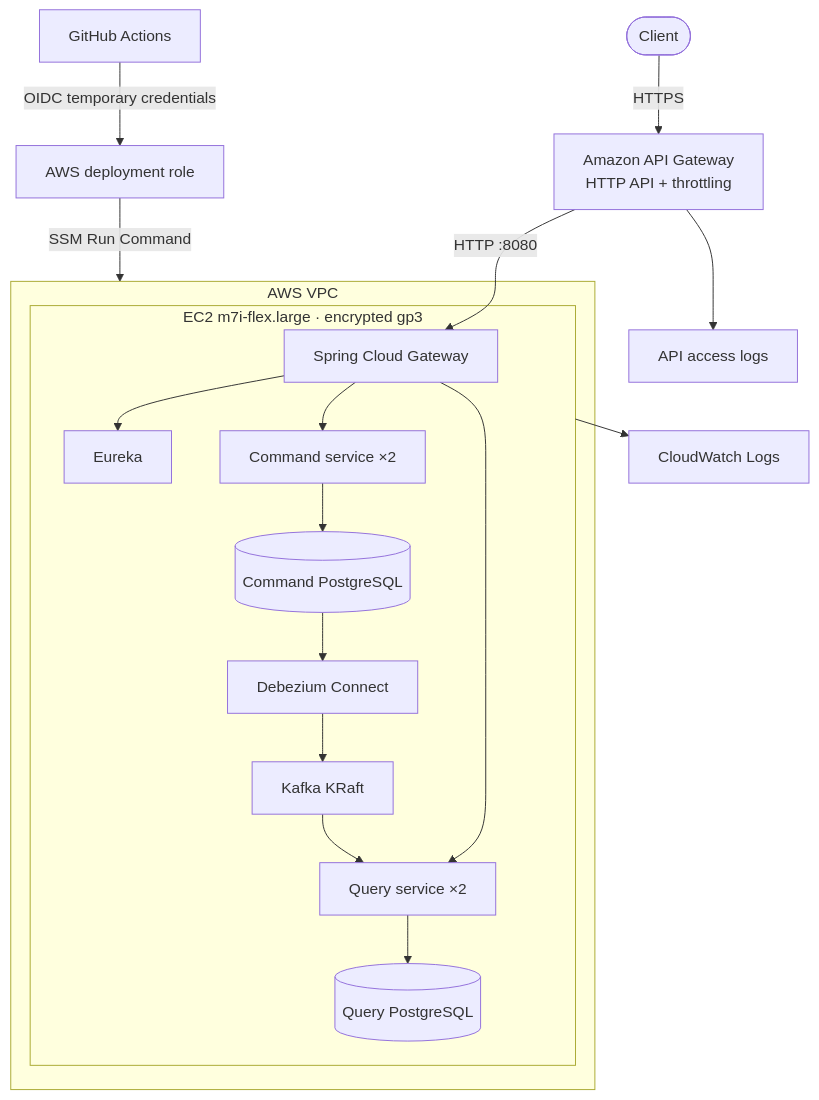
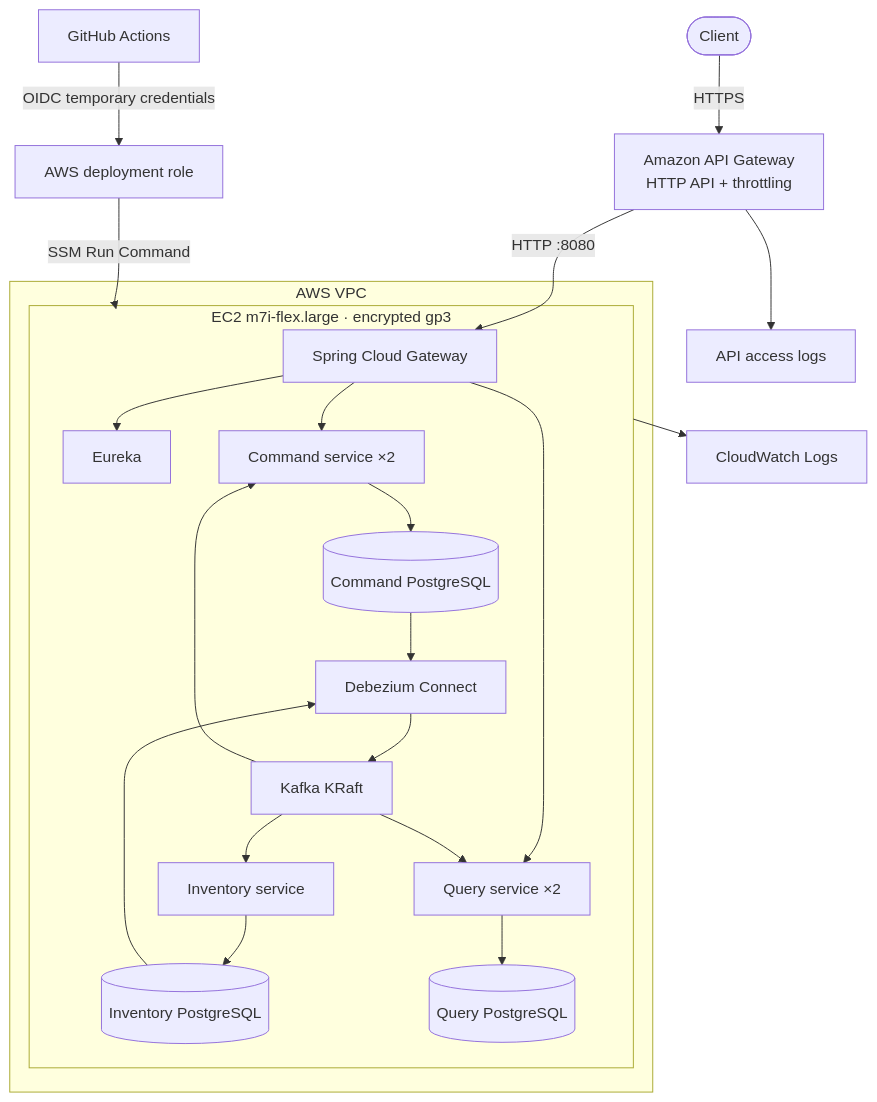
The diagram in docs/aws-deployment.md (karacsonybarni/event-sourced-cqrs-microservices), drawn with Mermaid before and after one commit. The commit also changed other lines of this file and 78 other files, not shown here.

````diff
--- a/docs/aws-deployment.md
+++ b/docs/aws-deployment.md
@@ -7,23 +7,27 @@
 ```mermaid
 flowchart TB
     Client([Client]) -->|HTTPS| HttpApi[Amazon API Gateway<br/>HTTP API + throttling]
     HttpApi -->|HTTP :8080| Gateway[Spring Cloud Gateway]
 
     subgraph VPC[AWS VPC]
         subgraph Host[EC2 m7i-flex.large · encrypted gp3]
             Gateway --> Registry[Eureka]
             Gateway --> Commands[Command service ×2]
             Gateway --> Queries[Query service ×2]
             Commands --> CommandDB[(Command PostgreSQL)]
+            Kafka --> Inventory[Inventory service]
+            Inventory --> InventoryDB[(Inventory PostgreSQL)]
+            InventoryDB --> Debezium
+            Kafka --> Commands
             CommandDB --> Debezium[Debezium Connect]
             Debezium --> Kafka[Kafka KRaft]
             Kafka --> Queries
             Queries --> QueryDB[(Query PostgreSQL)]
         end
     end
 
     GitHub[GitHub Actions] -->|OIDC temporary credentials| IAM[AWS deployment role]
     IAM -->|SSM Run Command| Host
     Host --> Logs[CloudWatch Logs]
     HttpApi --> AccessLogs[API access logs]
 ```
````
